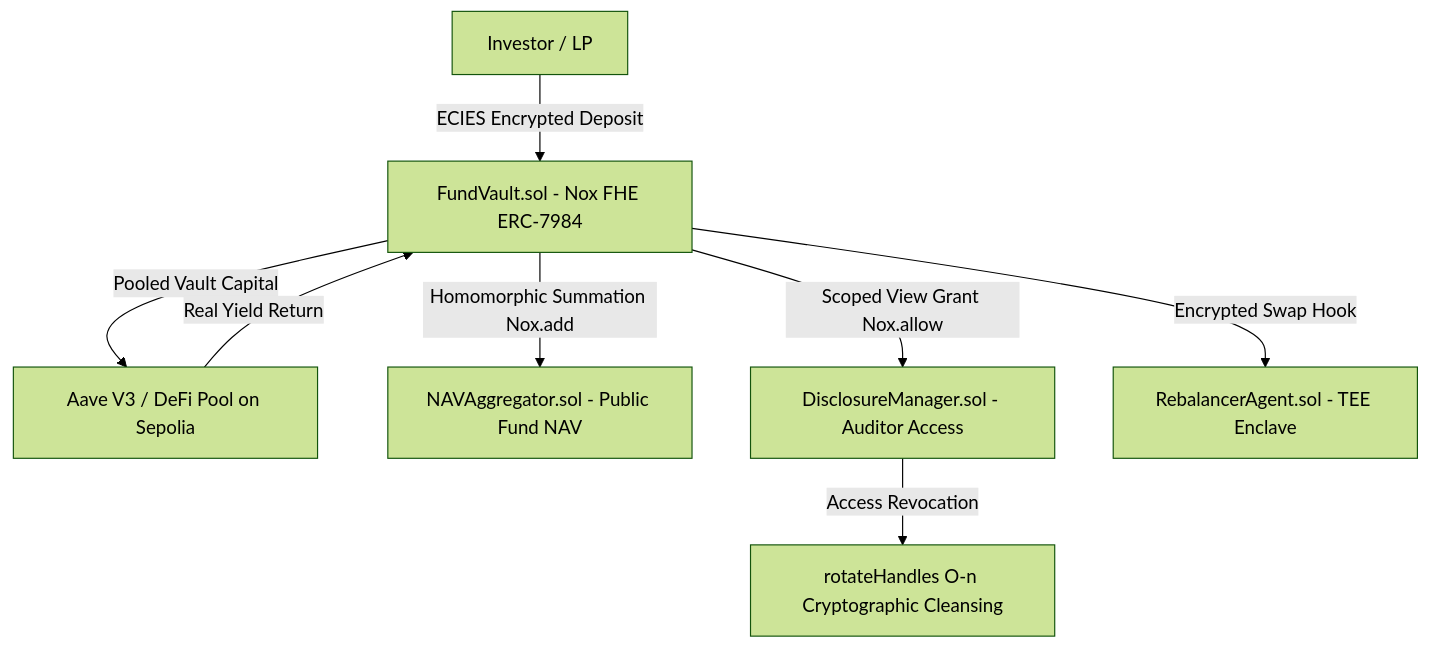
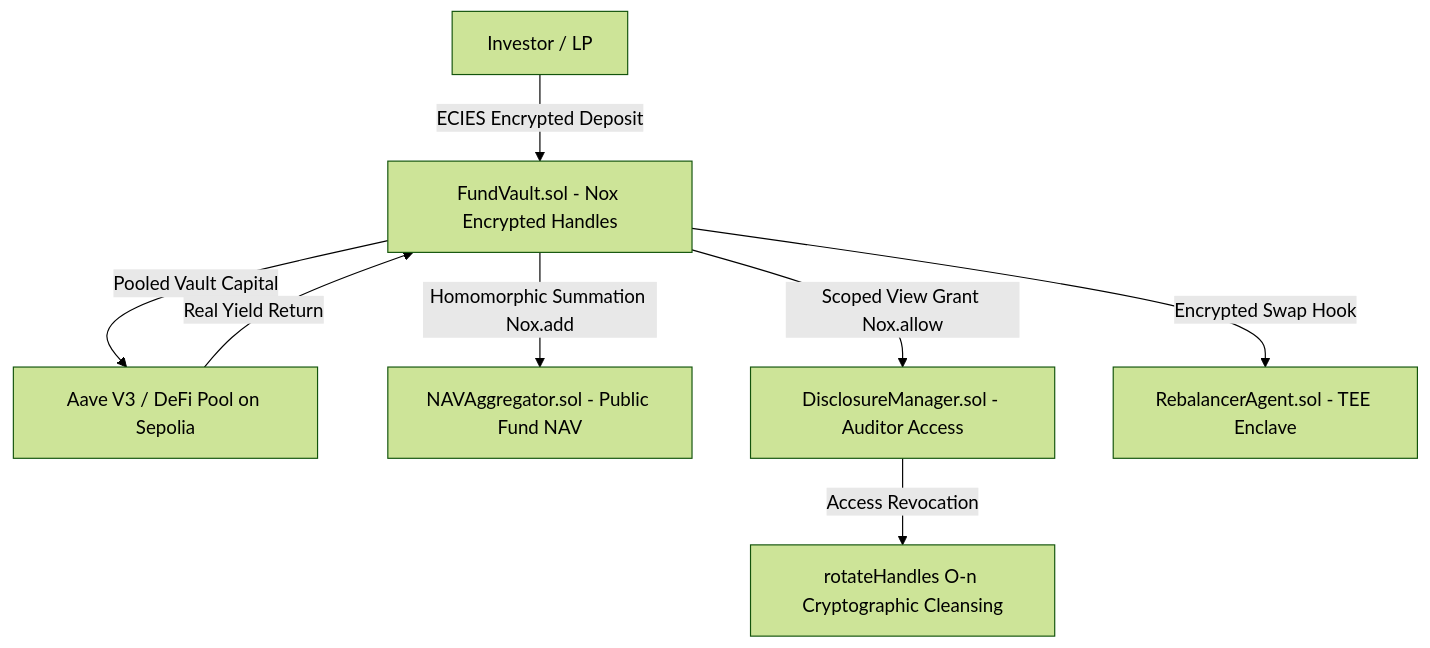
Before and after one commit to Handilusa/RealVault: the diagram in README.md, drawn with Mermaid (forest theme). The commit also changed other lines of this file and 30 other files, not shown here.

````diff
--- a/README.md
+++ b/README.md
@@ -27,10 +27,10 @@
 ```mermaid
 graph TD
-    A[Investor / LP] -->|ECIES Encrypted Deposit| B[FundVault.sol - Nox FHE ERC-7984]
+    A[Investor / LP] -->|ECIES Encrypted Deposit| B[FundVault.sol - Nox Encrypted Handles]
     B -->|Pooled Vault Capital| C[Aave V3 / DeFi Pool on Sepolia]
     C -->|Real Yield Return| B
     B -->|Homomorphic Summation Nox.add| D[NAVAggregator.sol - Public Fund NAV]
     B -->|Scoped View Grant Nox.allow| E[DisclosureManager.sol - Auditor Access]
     E -->|Access Revocation| F[rotateHandles O-n Cryptographic Cleansing]
     B -->|Encrypted Swap Hook| G[RebalancerAgent.sol - TEE Enclave]
 ```
````
